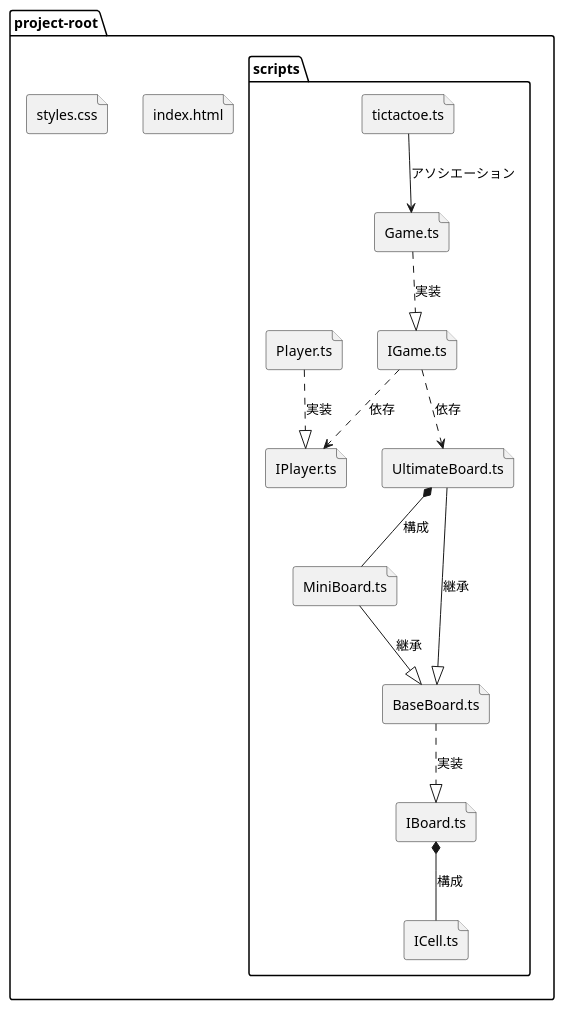
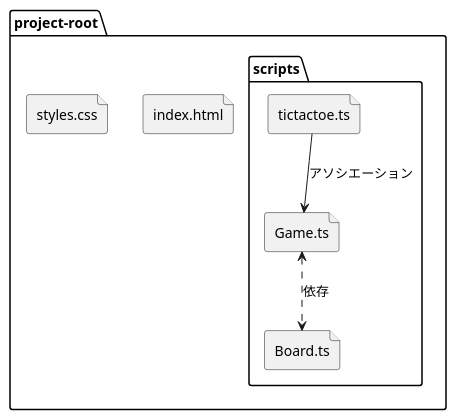
Before and after one commit to Test-Team-B/work-space: the diagram in plantUML/ClassDiagram.puml, drawn with PlantUML.

Commit message:
plantUMLの修正

```diff
--- a/plantUML/ClassDiagram.puml
+++ b/plantUML/ClassDiagram.puml
@@ -1,33 +1,15 @@
 @startuml Class-Diagram
 folder "project-root" {
     folder "scripts" {
         file tictactoe.ts
         file Game.ts
-        file Player.ts
-        file UltimateBoard.ts
-        file MiniBoard.ts
-        file BaseBoard.ts
-        file IGame.ts
-        file IBoard.ts
-        file IPlayer.ts
-        file ICell.ts
+        file Board.ts
     }
     file index.html
     file styles.css
 }
 
 tictactoe.ts --> Game.ts : アソシエーション
 
-Game.ts ..|> IGame.ts : 実装
-BaseBoard.ts ..|> IBoard.ts : 実装
-Player.ts ..|> IPlayer.ts : 実装
-
-UltimateBoard.ts --|> BaseBoard.ts : 継承
-MiniBoard.ts --|> BaseBoard.ts : 継承
-
-UltimateBoard.ts *-- MiniBoard.ts : 構成
-IBoard.ts *-- ICell.ts : 構成
-
-IGame.ts ..> IPlayer.ts : 依存
-IGame.ts ..> UltimateBoard.ts : 依存
+Game.ts <..> Board.ts : 依存
 @enduml
```
